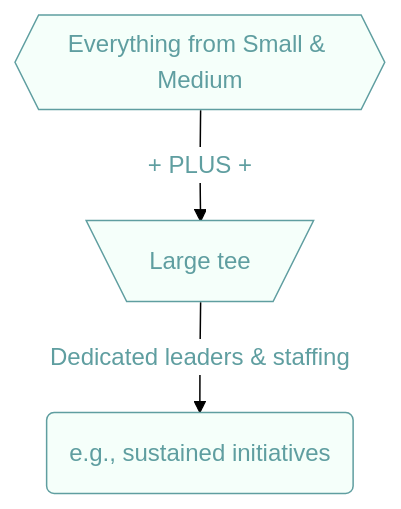
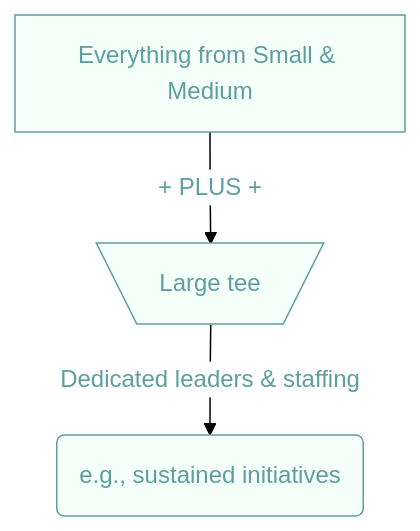
The third of 3 diagrams in docs/README.md (tiffehr/collaboration-capstone), drawn with Mermaid before and after one commit. The commit also changed other lines of this file, not shown here.

Commit message:
broken graphs

```diff
--- a/docs/README.md
+++ b/docs/README.md
@@ -145,7 +145,7 @@
 <div class="mermaid">
 %%{init: {"theme": "base","themeVariables": { "background": "white", "primaryColor": "mintcream", "secondaryBorderColor": "cadetblue", "primaryTextColor": "cadetblue", "clusterBorder": "darkslategrey", "nodeBorder": "cadetblue", "clusterBkg": "white", "nodeTextColor": "darkslategrey", "defaultLinkColor": "cadetblue", "titleColor": "darkslategrey", "edgeLabelBackground": "white" }}}%%
 graph TD
-  SM{{Everything from Small & Medium}}
+  SM[Everything from Small & Medium]
       SM -->|+ PLUS +| L[\"Large" tee/]
         L -->|Dedicated leaders & staffing| lg(e.g., sustained initiatives)
 </div>
```
